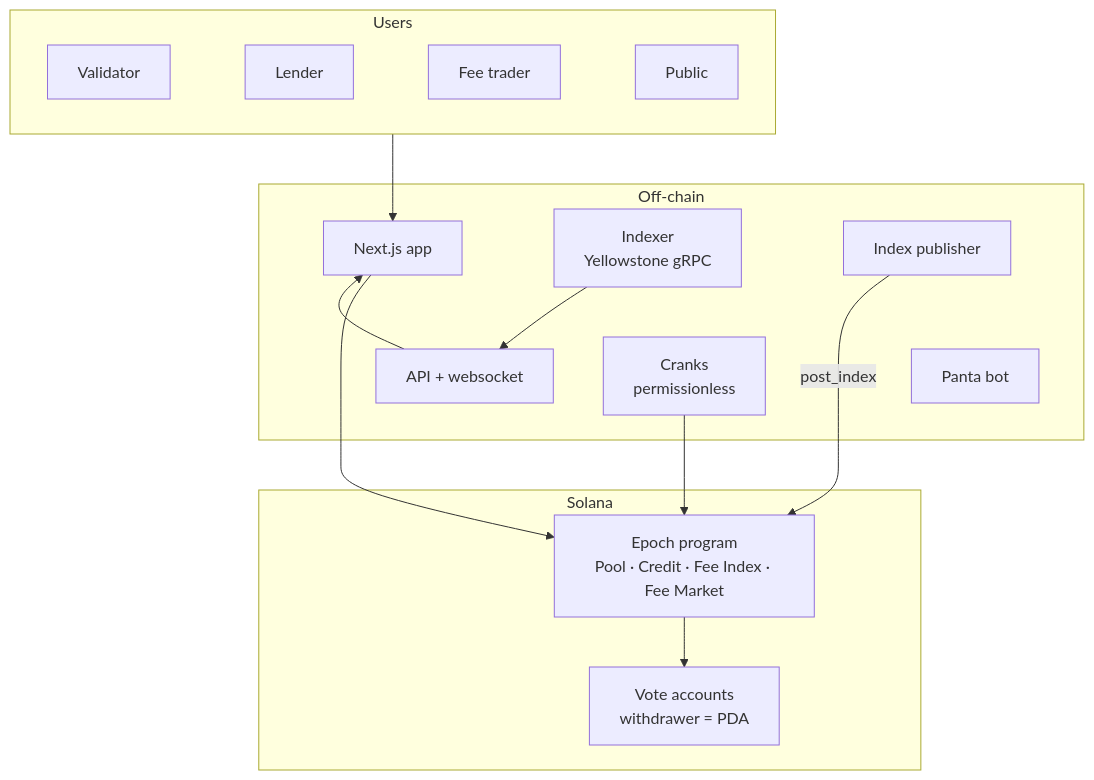
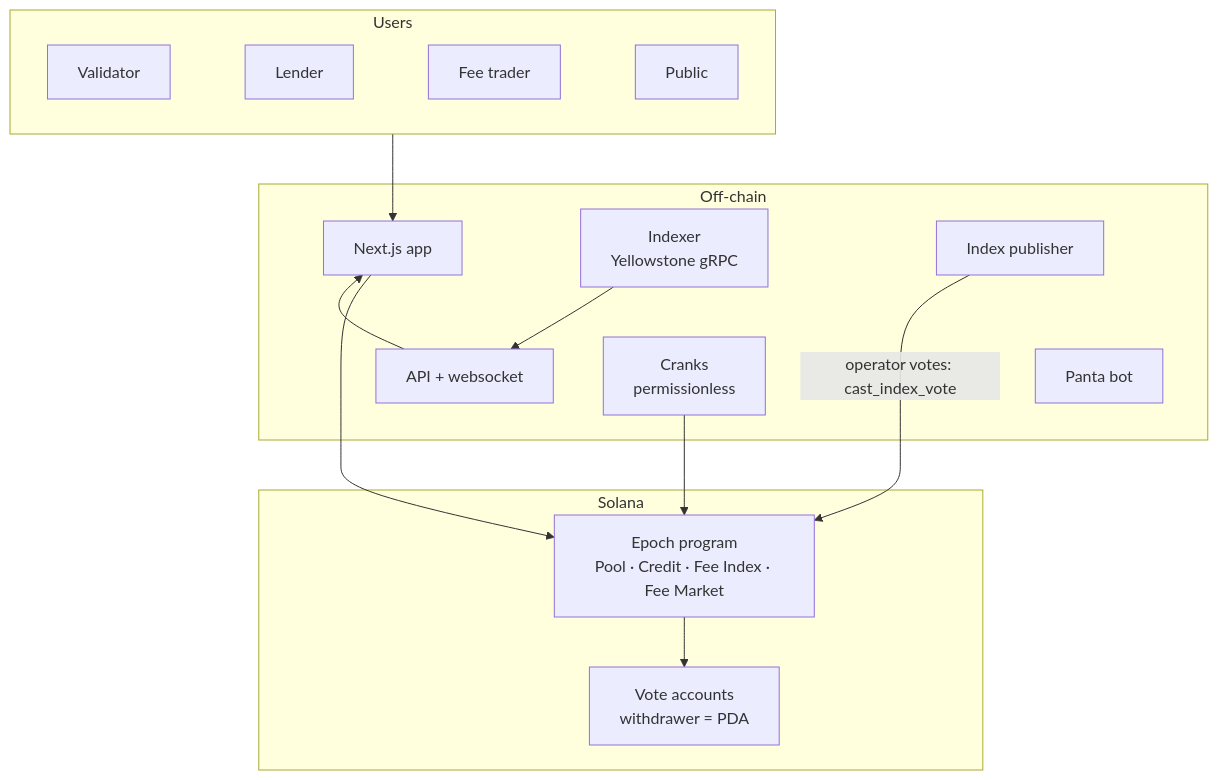
Before and after one commit to Sushant6095/epoch-protocol: the second of 2 diagrams in README.md, drawn with Mermaid. The commit also changed other lines of this file and 12 other files, not shown here.

First line of the commit message:
docs: round-4 architecture, API and program reference

````diff
--- a/README.md
+++ b/README.md
@@ -66,18 +66,18 @@
 ```mermaid
 flowchart TB
     subgraph Users
       U1[Validator] ~~~ U2[Lender] ~~~ U3[Fee trader] ~~~ U4[Public]
     end
     subgraph Off-chain
       APP[Next.js app] ~~~ API[API + websocket]
       IDX[Indexer<br/>Yellowstone gRPC] ~~~ CR[Cranks<br/>permissionless]
       PUB[Index publisher] ~~~ PB[Panta bot]
     end
     subgraph Solana
       PRG[Epoch program<br/>Pool · Credit · Fee Index · Fee Market] --> VOTE[Vote accounts<br/>withdrawer = PDA]
     end
     Users --> APP --> PRG
     IDX --> API --> APP
     CR --> PRG
-    PUB -->|post_index| PRG
+    PUB -->|operator votes: cast_index_vote| PRG
 ```
````
